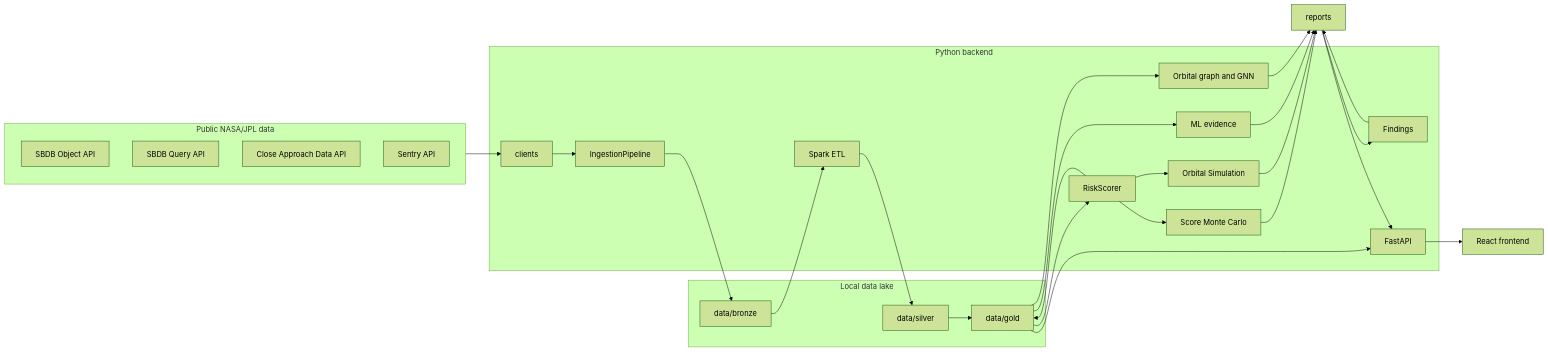
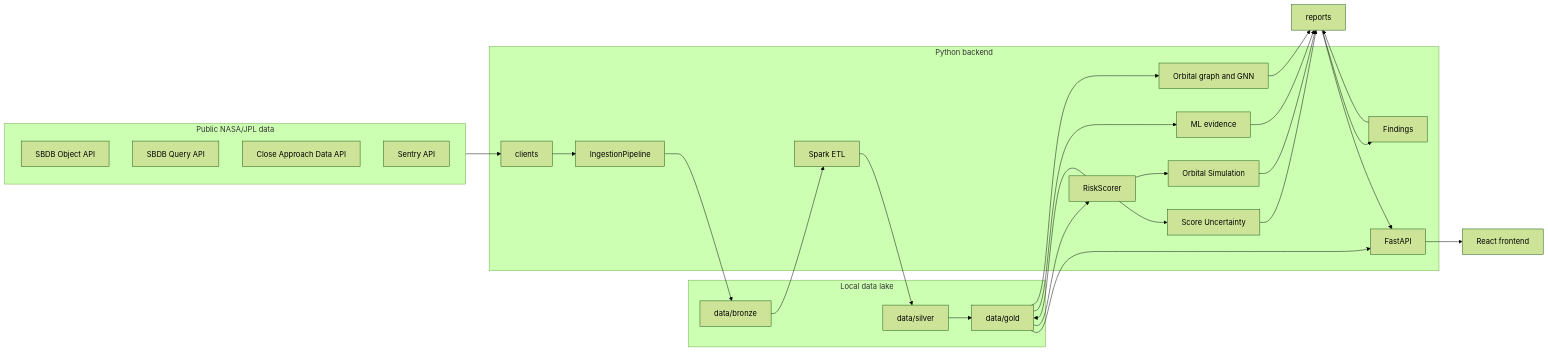
Before and after one commit to LiamSalazar/NEO-Angele-Risk-Lab: the first of 4 diagrams in README.md, drawn with Mermaid (forest theme). The commit also changed other lines of this file and 96 other files, not shown here.

Commit message:
MonteCarlo_and_graph_correction

````diff
--- a/README.md
+++ b/README.md
@@ -50,38 +50,38 @@
 ```mermaid
 flowchart LR
     subgraph Sources["Public NASA/JPL data"]
         SBDBObject["SBDB Object API"]
         SBDBQuery["SBDB Query API"]
         CAD["Close Approach Data API"]
         Sentry["Sentry API"]
     end
     subgraph Backend["Python backend"]
         Clients["clients"]
         Ingestion["IngestionPipeline"]
         ETL["Spark ETL"]
         Risk["RiskScorer"]
-        ScoreMC["Score Monte Carlo"]
+        ScoreMC["Score Uncertainty"]
         OrbitalMC["Orbital Simulation"]
         ML["ML evidence"]
         GNN["Orbital graph and GNN"]
         Findings["Findings"]
         API["FastAPI"]
     end
     subgraph Lake["Local data lake"]
         Bronze["data/bronze"]
         Silver["data/silver"]
         Gold["data/gold"]
     end
     Reports["reports"]
     Frontend["React frontend"]
     Sources --> Clients --> Ingestion --> Bronze --> ETL --> Silver --> Gold
     Gold --> Risk --> Gold
     Risk --> ScoreMC --> Reports
     Risk --> OrbitalMC --> Reports
     Gold --> ML --> Reports
     Gold --> GNN --> Reports
     Reports --> Findings --> Reports
     Gold --> API
     Reports --> API
     API --> Frontend
 ```
````
